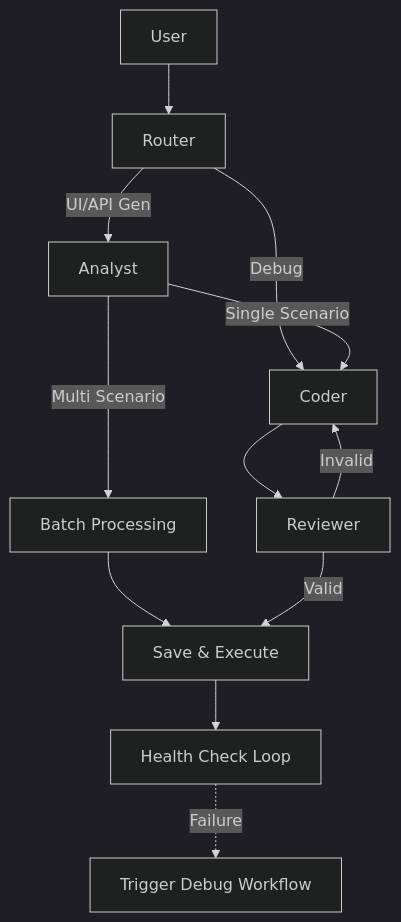
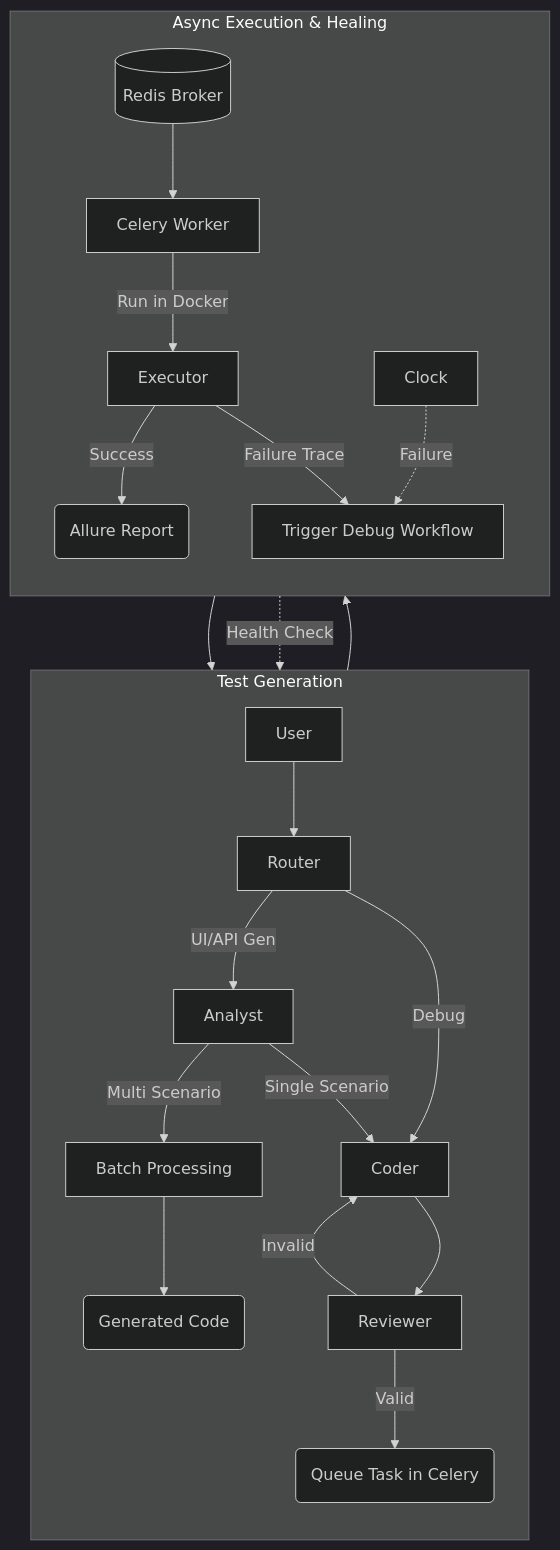
One commit to ShutovKS/copilot-audit changed the diagram in backend/README.md. Above: the diagram before and after it, drawn with Mermaid (dark theme). The commit also changed other lines of this file and 27 other files, not shown here.

Commit message:
Add DinD Sidecar, Celery + Redis

````diff
--- a/backend/README.md
+++ b/backend/README.md
@@ -60,14 +60,29 @@
 ```mermaid
 graph TD
-    User --> Router
-    Router -->|UI/API Gen| Analyst
-    Router -->|Debug| Coder
-    Analyst -->|Single Scenario| Coder
-    Analyst -->|Multi Scenario| Batch[Batch Processing]
-    Batch --> Final
-    Coder --> Reviewer
-    Reviewer -->|Valid| Final[Save & Execute]
-    Reviewer -->|Invalid| Coder
-    Final --> Scheduler[Health Check Loop]
-    Scheduler -.->|Failure| AutoFix[Trigger Debug Workflow]
+
+    subgraph "Test Generation"
+        direction TB
+        User --> Router
+        Router -->|UI/API Gen| Analyst
+        Router -->|Debug| Coder
+        Analyst -->|Single Scenario| Coder
+        Analyst -->|Multi Scenario| Batch[Batch Processing]
+        Batch --> FinalGen(Generated Code)
+        Coder --> Reviewer
+        Reviewer -->|Valid| QueueTask(Queue Task in Celery)
+        Reviewer -->|Invalid| Coder
+    end
+
+    subgraph "Async Execution & Healing"
+        direction TB
+        QueueTask --> Redis[(Redis Broker)]
+        Redis --> Worker[Celery Worker]
+        Worker -->|Run in Docker| Executor
+        Executor -->|Success| FinalReport(Allure Report)
+        Executor -->|Failure Trace| AutoFix[Trigger Debug Workflow]
+        AutoFix --> Coder
+        Scheduler[Clock] -.->|Failure| AutoFix
+        Scheduler -.->|Health Check| QueueTask
+    end
+
 ```
````
